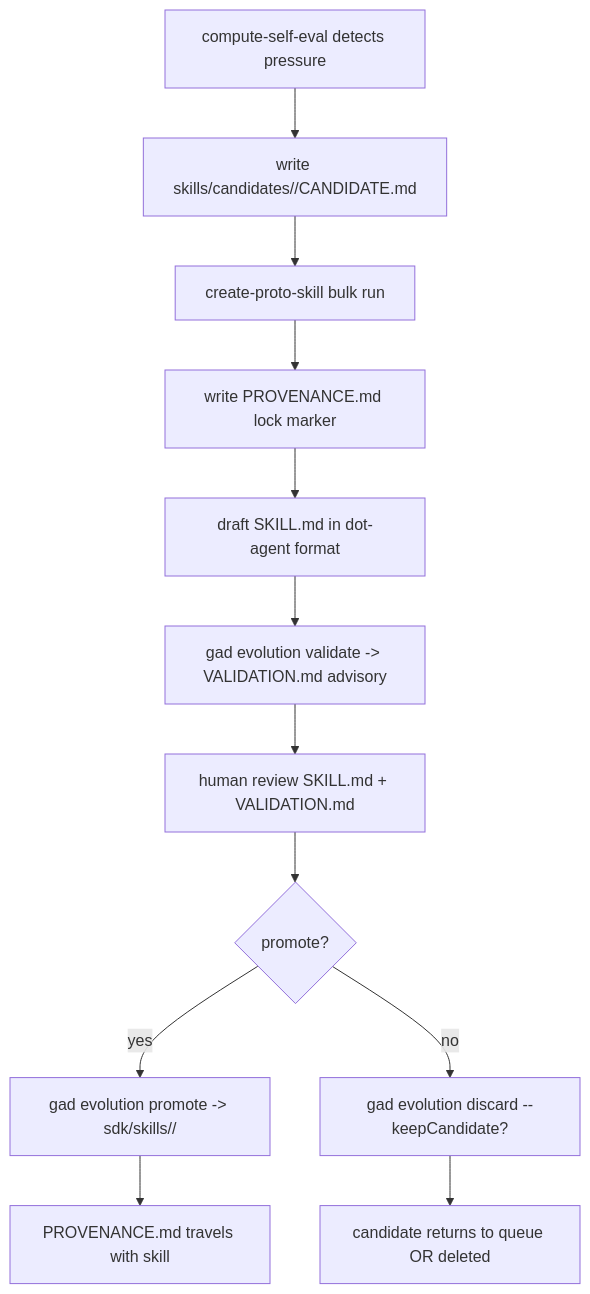
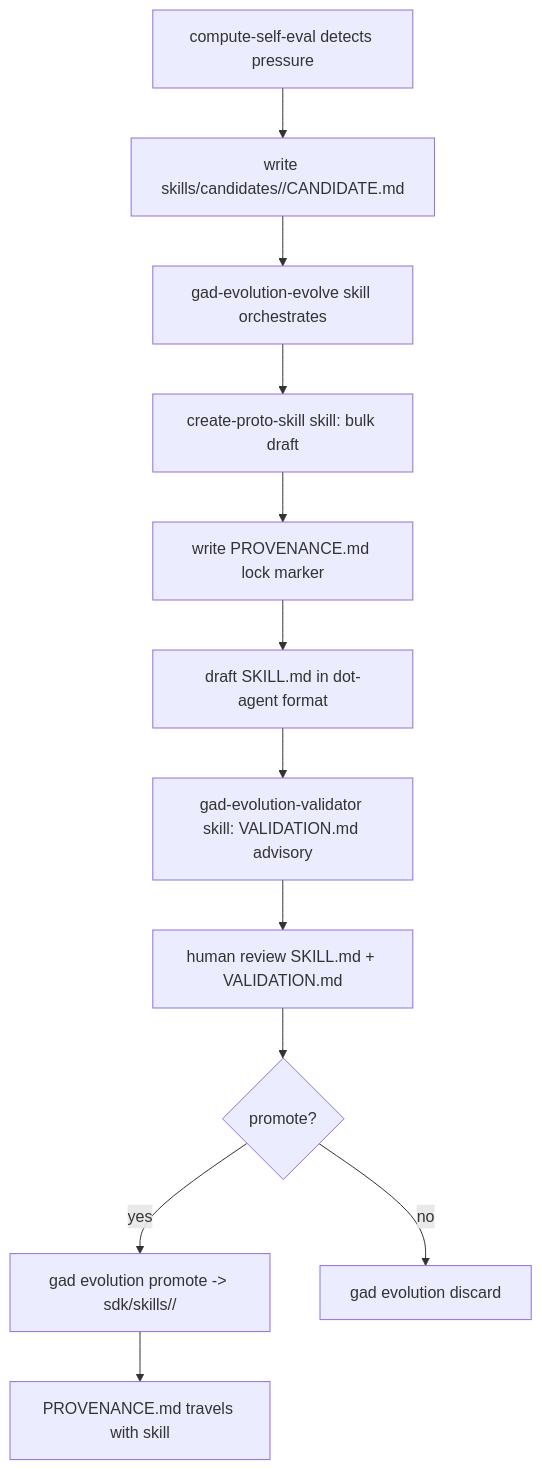
One commit to MagicbornStudios/get-anything-done changed the diagram in .planning/workflows/gad-evolution.md. Above: the diagram before and after it, drawn with Mermaid. The commit also changed other lines of this file and 13 other files, not shown here.

````diff
--- a/.planning/workflows/gad-evolution.md
+++ b/.planning/workflows/gad-evolution.md
@@ -30,14 +30,14 @@
 ```mermaid
 flowchart TD
   A[compute-self-eval detects pressure] --> B[write skills/candidates/<slug>/CANDIDATE.md]
-  B --> C[create-proto-skill bulk run]
-  C --> D[write PROVENANCE.md lock marker]
-  D --> E[draft SKILL.md in dot-agent format]
-  E --> F[gad evolution validate -> VALIDATION.md advisory]
-  F --> G[human review SKILL.md + VALIDATION.md]
-  G --> H{promote?}
-  H -->|yes| I[gad evolution promote -> sdk/skills/<name>/]
-  H -->|no| J[gad evolution discard --keepCandidate?]
-  I --> K[PROVENANCE.md travels with skill]
-  J --> L[candidate returns to queue OR deleted]
+  B --> C[gad-evolution-evolve skill orchestrates]
+  C --> D[create-proto-skill skill: bulk draft]
+  D --> E[write PROVENANCE.md lock marker]
+  E --> F[draft SKILL.md in dot-agent format]
+  F --> G[gad-evolution-validator skill: VALIDATION.md advisory]
+  G --> H[human review SKILL.md + VALIDATION.md]
+  H --> I{promote?}
+  I -->|yes| J[gad evolution promote -> sdk/skills/<name>/]
+  I -->|no| K[gad evolution discard]
+  J --> L[PROVENANCE.md travels with skill]
 ```
````
